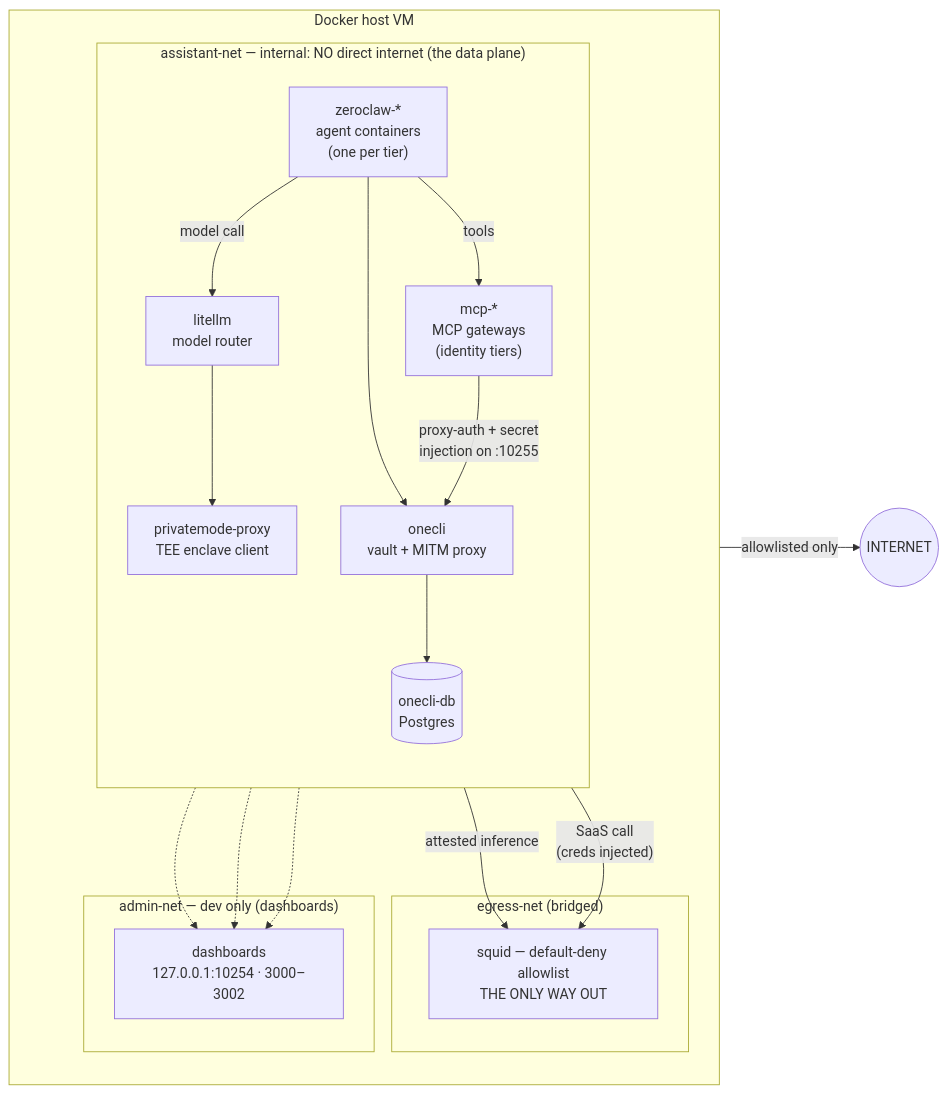
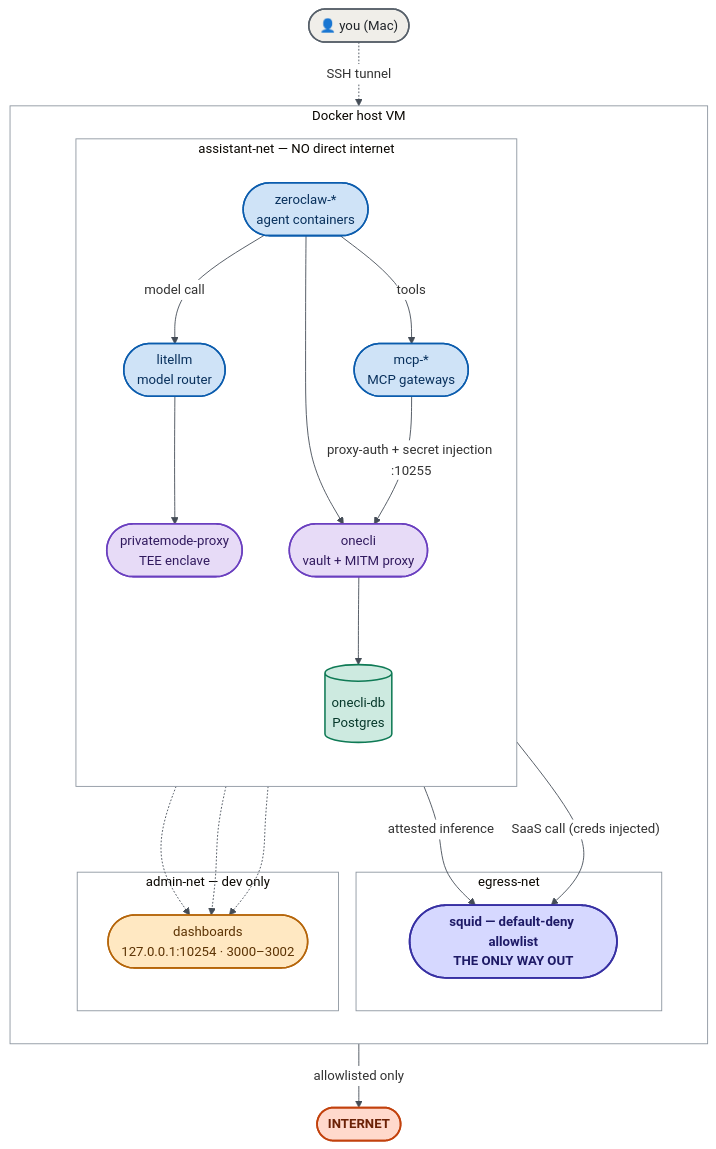
One commit to bgheneti/secure-assistant-stack changed the diagram in README.md. Above: the diagram before and after it, drawn with Mermaid. The commit also changed other lines of this file, not shown here.

````diff
--- a/README.md
+++ b/README.md
@@ -123,45 +116,56 @@
 ```mermaid
-flowchart LR
-  INTERNET(("INTERNET"))
+%%{init: {'theme': 'base', 'themeVariables': {
+  'fontFamily': 'monospace',
+  'fontSize': '15px',
+  'lineColor': '#444c56',
+  'clusterBkg': '#ffffff',
+  'clusterBorder': '#8c959f',
+  'edgeLabelBackground': '#ffffff'
+}}}%%
+flowchart TD
+  classDef agent    fill:#cfe3f7,stroke:#0b5cad,stroke-width:1.75px,color:#08305c
+  classDef vault    fill:#e7dbf7,stroke:#6a3fbf,stroke-width:1.75px,color:#311a5e
+  classDef db       fill:#cdeae0,stroke:#0f7a55,stroke-width:1.75px,color:#06382a
+  classDef dash     fill:#ffe8c2,stroke:#b5650a,stroke-width:1.75px,color:#5c3304
+  classDef squid    fill:#d6d8ff,stroke:#3730a3,stroke-width:2px,color:#1e1a66,font-weight:bold
+  classDef internet fill:#ffd9cc,stroke:#c2410c,stroke-width:2px,color:#6b2207,font-weight:bold
+  classDef user     fill:#f0eee9,stroke:#57606a,stroke-width:1.75px,color:#1f2328
 
-  subgraph VM[" Docker host VM "]
-    direction TB
+  USER(["👤 you (Mac)"]):::user
+  INTERNET(["INTERNET"]):::internet
 
-    subgraph anet["assistant-net — internal: NO direct internet (the data plane)"]
-      direction TB
-      zc["zeroclaw-*<br/>agent containers<br/>(one per tier)"]
-      mcp["mcp-*<br/>MCP gateways<br/>(identity tiers)"]
-      onecli["onecli<br/>vault + MITM proxy"]
-      onedb[("onecli-db<br/>Postgres")]
-      llm["litellm<br/>model router"]
-      pm["privatemode-proxy<br/>TEE enclave client"]
+  subgraph VM["Docker host VM"]
+    direction TD
+
+    subgraph anet["assistant-net — NO direct internet"]
+      direction TD
+      zc(["zeroclaw-*<br/>agent containers"]):::agent
+      mcp(["mcp-*<br/>MCP gateways"]):::agent
+      onecli(["onecli<br/>vault + MITM proxy"]):::vault
+      onedb[("onecli-db<br/>Postgres")]:::db
+      llm(["litellm<br/>model router"]):::agent
+      pm(["privatemode-proxy<br/>TEE enclave"]):::vault
     end
 
-    subgraph enet["egress-net (bridged)"]
-      squid["squid — default-deny allowlist<br/>THE ONLY WAY OUT"]
+    subgraph enet["egress-net"]
+      squid(["squid — default-deny allowlist<br/>THE ONLY WAY OUT"]):::squid
     end
 
-    subgraph adm["admin-net — dev only (dashboards)"]
-      dash["dashboards<br/>127.0.0.1:10254 · 3000–3002"]
+    subgraph adm["admin-net — dev only"]
+      dash(["dashboards<br/>127.0.0.1:10254 · 3000–3002"]):::dash
     end
   end
 
-  %% model / inference path
   zc -->|"model call"| llm --> pm
   pm -->|"attested inference"| squid
-
-  %% tool + credential-injection path
   zc -->|"tools"| mcp
   zc --> onecli
-  mcp -->|"proxy-auth + secret<br/>injection on :10255"| onecli
+  mcp -->|"proxy-auth + secret injection :10255"| onecli
   onecli --> onedb
-  onecli -->|"SaaS call<br/>(creds injected)"| squid
-
-  %% the floor: everything exits through squid, allowlisted only
+  onecli -->|"SaaS call (creds injected)"| squid
   squid -->|"allowlisted only"| INTERNET
-
-  %% dev dashboard reach — NOT the data plane
+  USER -.->|"SSH tunnel"| dash
   zc -.-> dash
   onecli -.-> dash
   mcp -.-> dash
 ```
````
